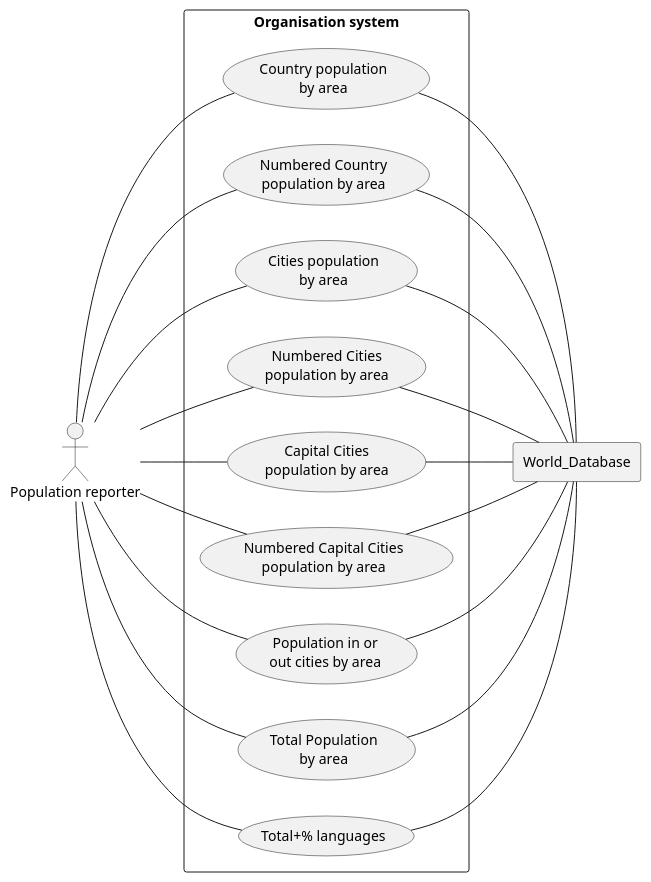
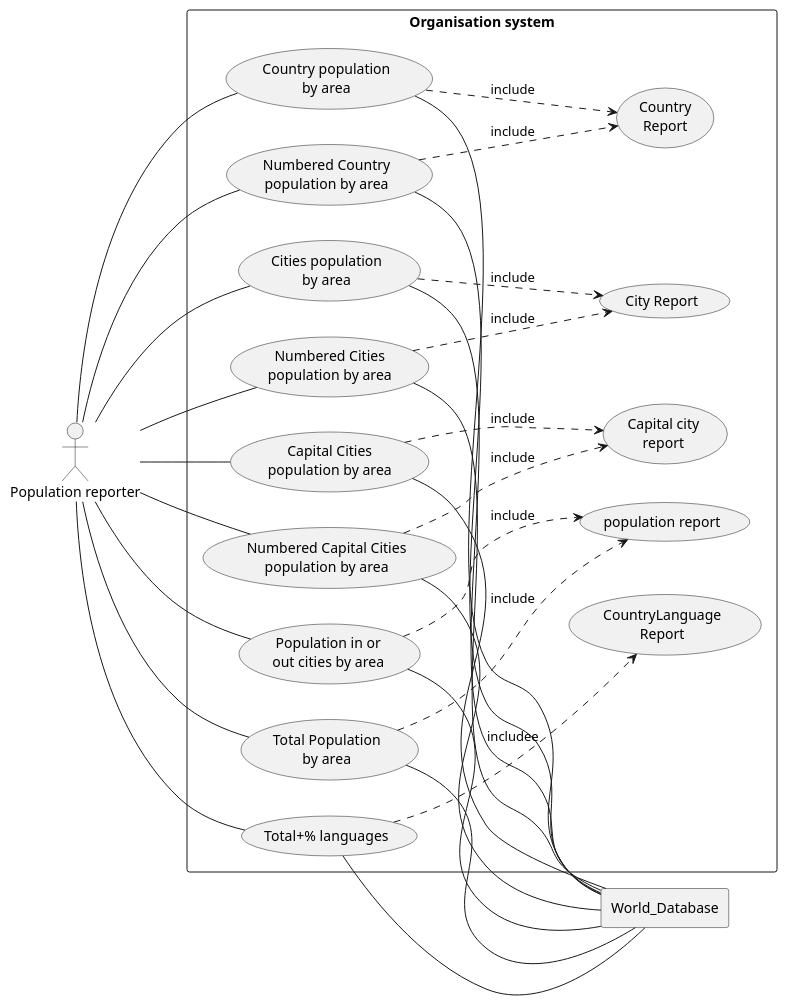
The diagram in use-cases/Organisation activities.puml (IslaMThompson/Group-Repository), drawn with PlantUML before and after one commit. The commit also changed 2 other files, not shown here.

Commit message:
Added further use cases and updated use case diagram

```diff
--- a/use-cases/Organisation activities.puml
+++ b/use-cases/Organisation activities.puml
@@ -1,47 +1,68 @@
 @startuml
 left to right direction
 actor PR as "Population reporter"
 
 rectangle World_Database
 
 rectangle "Organisation system" {
     usecase UC1 as "Country population
     by area"
     usecase UC2 as "Numbered Country
     population by area"
     usecase UC3 as "Cities population
     by area"
     usecase UC4 as "Numbered Cities
     population by area"
     usecase UC5 as "Capital Cities
     population by area"
     usecase UC6 as "Numbered Capital Cities
     population by area"
     usecase UC7 as "Population in or
     out cities by area"
     usecase UC8 as "Total Population
     by area"
     usecase UC9 as "Total+% languages"
+    usecase UC10 as "City Report"
+    usecase UC11 as "Country
+    Report"
+    usecase UC12 as "CountryLanguage
+    Report"
+    usecase UC13 as "Capital city
+    report"
+    usecase UC14 as "population report"
 
     UC1 -- World_Database
     UC2 -- World_Database
     UC3 -- World_Database
     UC4 -- World_Database
     UC5 -- World_Database
     UC6 -- World_Database
     UC7 -- World_Database
     UC8 -- World_Database
     UC9 -- World_Database
 
+    UC1 ..> UC11 : include
+    UC2 ..> UC11 : include
+
+    UC3 ..> UC10 : include
+    UC4 ..> UC10 : include
+
+    UC5 ..> UC13 : include
+    UC6 ..> UC13 : include
+
+    UC7 ..> UC14 : include
+    UC8 ..> UC14 : include
+
+    UC9 ..> UC12 : includee
 }
 PR -- UC1
 PR -- UC2
 PR -- UC3
 PR -- UC4
 PR -- UC5
 PR -- UC6
 PR -- UC7
 PR -- UC8
 PR -- UC9
 
 @enduml
```
